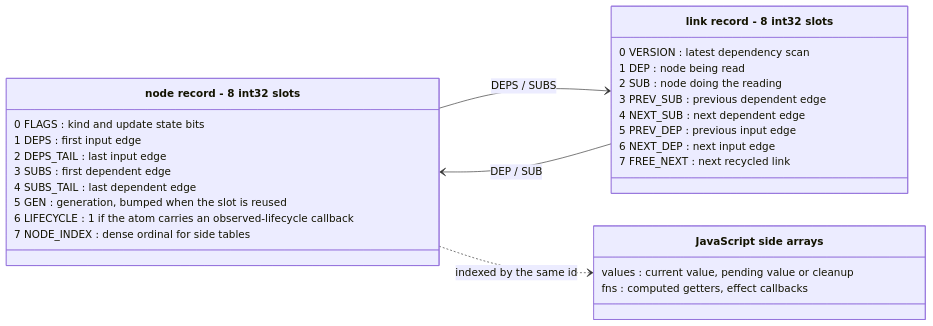
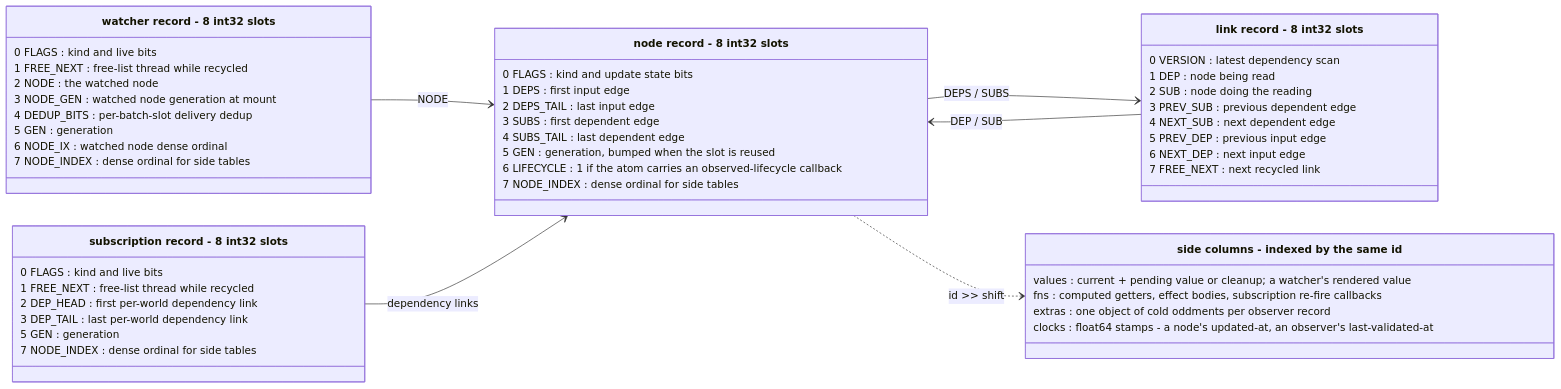
The fourth of 5 diagrams in packages/cosignals/README.md (justjake/signals-design-space), drawn with Mermaid before and after one commit. The commit also changed other lines of this file and 1 other file, not shown here.

````diff
--- a/packages/cosignals/README.md
+++ b/packages/cosignals/README.md
@@ -330,31 +367,53 @@
 ```mermaid
 classDiagram
     direction LR
     class Node["node record - 8 int32 slots"] {
         0 FLAGS : kind and update state bits
         1 DEPS : first input edge
         2 DEPS_TAIL : last input edge
         3 SUBS : first dependent edge
         4 SUBS_TAIL : last dependent edge
         5 GEN : generation, bumped when the slot is reused
         6 LIFECYCLE : 1 if the atom carries an observed-lifecycle callback
         7 NODE_INDEX : dense ordinal for side tables
     }
     class Link["link record - 8 int32 slots"] {
         0 VERSION : latest dependency scan
         1 DEP : node being read
         2 SUB : node doing the reading
         3 PREV_SUB : previous dependent edge
         4 NEXT_SUB : next dependent edge
         5 PREV_DEP : previous input edge
         6 NEXT_DEP : next input edge
         7 FREE_NEXT : next recycled link
     }
-    class SideColumns["JavaScript side arrays"] {
-        values : current value, pending value or cleanup
-        fns : computed getters, effect callbacks
+    class Watcher["watcher record - 8 int32 slots"] {
+        0 FLAGS : kind and live bits
+        1 FREE_NEXT : free-list thread while recycled
+        2 NODE : the watched node
+        3 NODE_GEN : watched node generation at mount
+        4 DEDUP_BITS : per-batch-slot delivery dedup
+        5 GEN : generation
+        6 NODE_IX : watched node dense ordinal
+        7 NODE_INDEX : dense ordinal for side tables
+    }
+    class Subscription["subscription record - 8 int32 slots"] {
+        0 FLAGS : kind and live bits
+        1 FREE_NEXT : free-list thread while recycled
+        2 DEP_HEAD : first per-world dependency link
+        3 DEP_TAIL : last per-world dependency link
+        5 GEN : generation
+        7 NODE_INDEX : dense ordinal for side tables
+    }
+    class SideColumns["side columns - indexed by the same id"] {
+        values : current + pending value or cleanup; a watcher's rendered value
+        fns : computed getters, effect bodies, subscription re-fire callbacks
+        extras : one object of cold oddments per observer record
+        clocks : float64 stamps - a node's updated-at, an observer's last-validated-at
     }
     Node --> Link : DEPS / SUBS
     Link --> Node : DEP / SUB
-    Node ..> SideColumns : indexed by the same id
+    Watcher --> Node : NODE
+    Subscription --> Node : dependency links
+    Node ..> SideColumns : id >> shift
 ```
````
